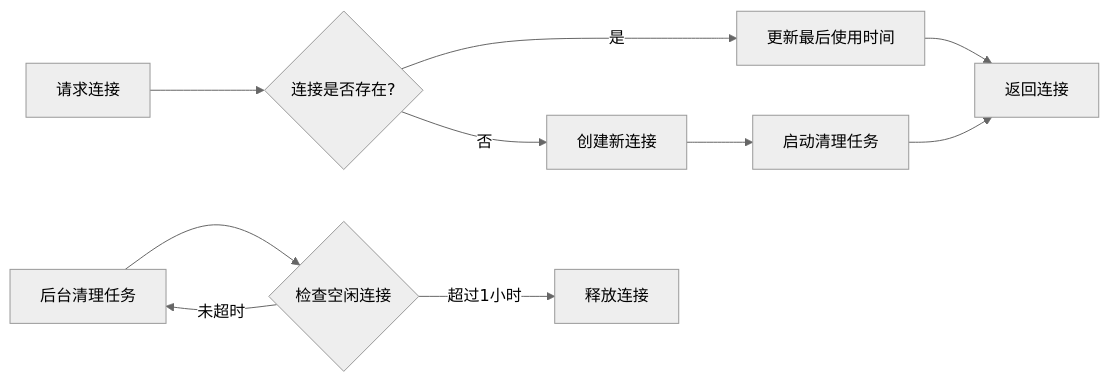
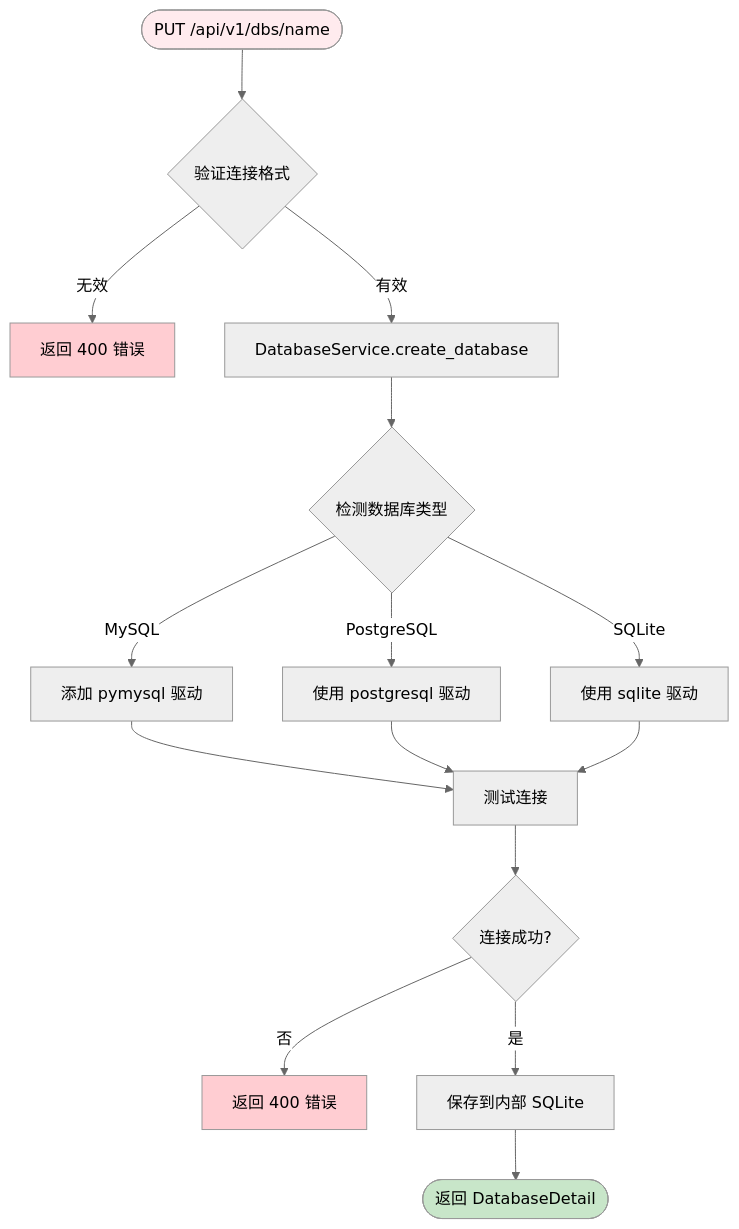
One commit to kangapp/AI changed the eighth of 13 diagrams in project/db_query/README.md. Above: the diagram before and after it, drawn with Mermaid (neutral theme). The commit also changed other lines of this file and 1 other file, not shown here.

````diff
--- a/project/db_query/README.md
+++ b/project/db_query/README.md
@@ -1128,13 +524,25 @@
 ```mermaid
-graph LR
-    A[请求连接] --> B{连接是否存在?}
-    B -->|是| C[更新最后使用时间]
-    B -->|否| D[创建新连接]
-    D --> E[启动清理任务]
-    C --> F[返回连接]
-    E --> F
+flowchart TD
+    Start([PUT /api/v1/dbs/name]) --> Validate{验证连接格式}
+    Validate -->|无效| Error1[返回 400 错误]
+    Validate -->|有效| Create[DatabaseService.create_database]
 
-    G[后台清理任务] --> H{检查空闲连接}
-    H -->|超过1小时| I[释放连接]
-    H -->|未超时| G
+    Create --> Detect{检测数据库类型}
+    Detect -->|MySQL| MySQL[添加 pymysql 驱动]
+    Detect -->|PostgreSQL| PG[使用 postgresql 驱动]
+    Detect -->|SQLite| SQLite[使用 sqlite 驱动]
+
+    MySQL --> Test[测试连接]
+    PG --> Test
+    SQLite --> Test
+
+    Test --> Success{连接成功?}
+    Success -->|否| Error2[返回 400 错误]
+    Success -->|是| Save[保存到内部 SQLite]
+    Save --> Return([返回 DatabaseDetail])
+
+    style Start fill:#ffebee
+    style Error1 fill:#ffcdd2
+    style Error2 fill:#ffcdd2
+    style Return fill:#c8e6c9
 ```
````
